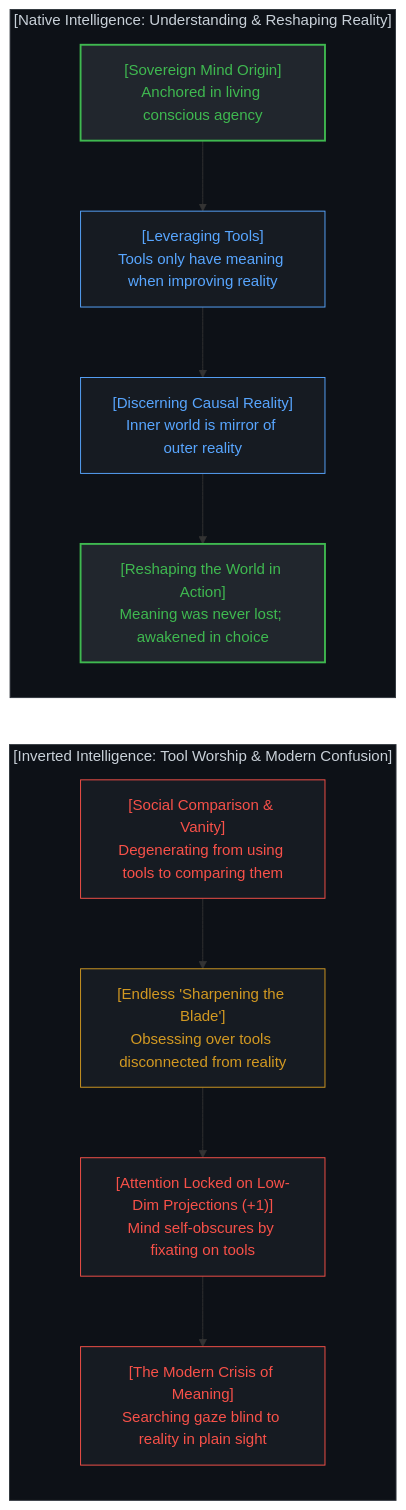
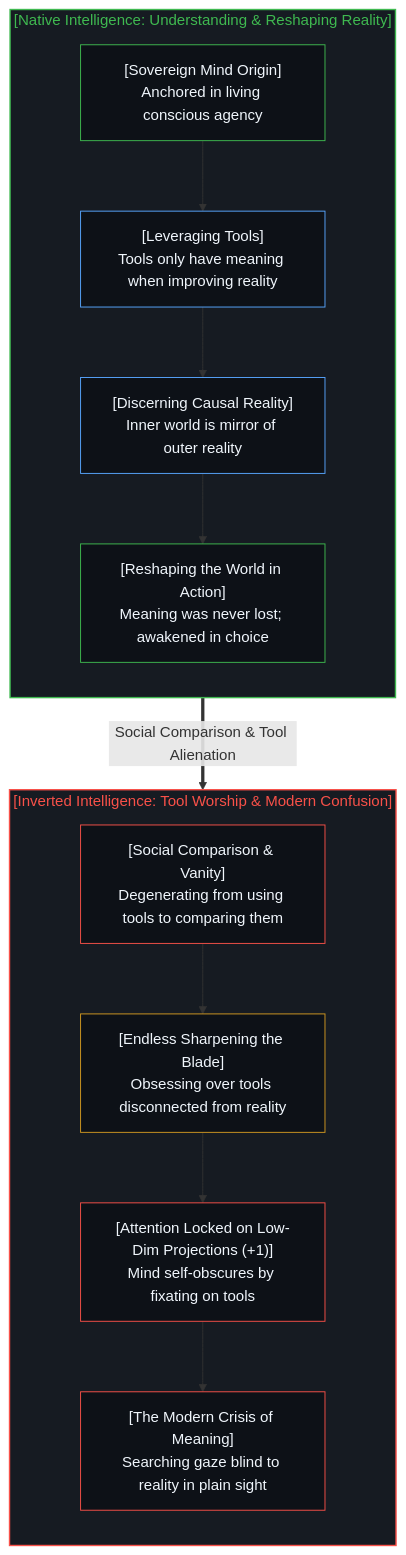
Before and after one commit to powerpig99/not-a-toe: diagram 12 of 16 in content/posts/the-dissolution-of-the-great-reversal.md, drawn with Mermaid. The commit also changed other lines of this file and 11 other files, not shown here.

````diff
--- a/content/posts/the-dissolution-of-the-great-reversal.md
+++ b/content/posts/the-dissolution-of-the-great-reversal.md
@@ -535,37 +467,37 @@
 ```mermaid
-graph TD
-    subgraph NativeIntelligence["[Native Intelligence: Understanding & Reshaping Reality]"]
+flowchart TD
+    subgraph S_NativeIntel["[Native Intelligence: Understanding & Reshaping Reality]"]
         direction TB
-        SovereignMind["[Sovereign Mind Origin]<br>Anchored in living conscious agency"]
-        LeverageTools["[Leveraging Tools]<br>Tools only have meaning when improving reality"]
-        DeepClarity["[Discerning Causal Reality]<br>Inner world is mirror of outer reality"]
-        ReshapeReality["[Reshaping the World in Action]<br>Meaning was never lost; awakened in choice"]
+        SovereignMind["[Sovereign Mind Origin]<br/>Anchored in living conscious agency"]
+        LeverageTools["[Leveraging Tools]<br/>Tools only have meaning when improving reality"]
+        DeepClarity["[Discerning Causal Reality]<br/>Inner world is mirror of outer reality"]
+        ReshapeReality["[Reshaping the World in Action]<br/>Meaning was never lost; awakened in choice"]
         SovereignMind --> LeverageTools
         LeverageTools --> DeepClarity
         DeepClarity --> ReshapeReality
     end
 
-    subgraph ToolSharpeningTrap["[Inverted Intelligence: Tool Worship & Modern Confusion]"]
+    S_NativeIntel ==>|"Social Comparison & Tool Alienation"| S_ToolTrap
+
+    subgraph S_ToolTrap["[Inverted Intelligence: Tool Worship & Modern Confusion]"]
         direction TB
-        StatusComparison["[Social Comparison & Vanity]<br>Degenerating from using tools to comparing them"]
-        InfinitePolishing["[Endless 'Sharpening the Blade']<br>Obsessing over tools disconnected from reality"]
-        LowDimProjection["[Attention Locked on Low-Dim Projections (+1)]<br>Mind self-obscures by fixating on tools"]
-        ExistentialLost["[The Modern Crisis of Meaning]<br>Searching gaze blind to reality in plain sight"]
+        StatusComparison["[Social Comparison & Vanity]<br/>Degenerating from using tools to comparing them"]
+        InfinitePolishing["[Endless Sharpening the Blade]<br/>Obsessing over tools disconnected from reality"]
+        LowDimProjection["[Attention Locked on Low-Dim Projections (+1)]<br/>Mind self-obscures by fixating on tools"]
+        ExistentialLost["[The Modern Crisis of Meaning]<br/>Searching gaze blind to reality in plain sight"]
         StatusComparison --> InfinitePolishing
         InfinitePolishing --> LowDimProjection
         LowDimProjection --> ExistentialLost
     end
 
-    ReshapeReality ~~~ StatusComparison
-
-    style NativeIntelligence fill:#0d1117,stroke:#30363d,stroke-width:1px,color:#c9d1d9
-    style SovereignMind fill:#21262d,stroke:#3fb950,stroke-width:2px,color:#3fb950
-    style LeverageTools fill:#161b22,stroke:#58a6ff,stroke-width:1px,color:#58a6ff
-    style DeepClarity fill:#161b22,stroke:#58a6ff,stroke-width:1px,color:#58a6ff
-    style ReshapeReality fill:#21262d,stroke:#3fb950,stroke-width:2px,color:#3fb950
-    style ToolSharpeningTrap fill:#0d1117,stroke:#30363d,stroke-width:1px,color:#c9d1d9
-    style StatusComparison fill:#161b22,stroke:#f85149,stroke-width:1px,color:#f85149
-    style InfinitePolishing fill:#161b22,stroke:#d29922,stroke-width:1px,color:#d29922
-    style LowDimProjection fill:#161b22,stroke:#f85149,stroke-width:1px,color:#f85149
-    style ExistentialLost fill:#161b22,stroke:#f85149,stroke-width:1px,color:#f85149
+    style S_NativeIntel fill:#161b22,stroke:#3fb950,stroke-width:1.5px,color:#3fb950
+    style S_ToolTrap fill:#161b22,stroke:#f85149,stroke-width:1.5px,color:#f85149
+    style SovereignMind fill:#0d1117,stroke:#3fb950,stroke-width:1px,color:#f0f6fc
+    style LeverageTools fill:#0d1117,stroke:#58a6ff,stroke-width:1px,color:#f0f6fc
+    style DeepClarity fill:#0d1117,stroke:#58a6ff,stroke-width:1px,color:#f0f6fc
+    style ReshapeReality fill:#0d1117,stroke:#3fb950,stroke-width:1px,color:#f0f6fc
+    style StatusComparison fill:#0d1117,stroke:#f85149,stroke-width:1px,color:#f0f6fc
+    style InfinitePolishing fill:#0d1117,stroke:#d29922,stroke-width:1px,color:#f0f6fc
+    style LowDimProjection fill:#0d1117,stroke:#f85149,stroke-width:1px,color:#f0f6fc
+    style ExistentialLost fill:#0d1117,stroke:#f85149,stroke-width:1px,color:#f0f6fc
 ```
````
